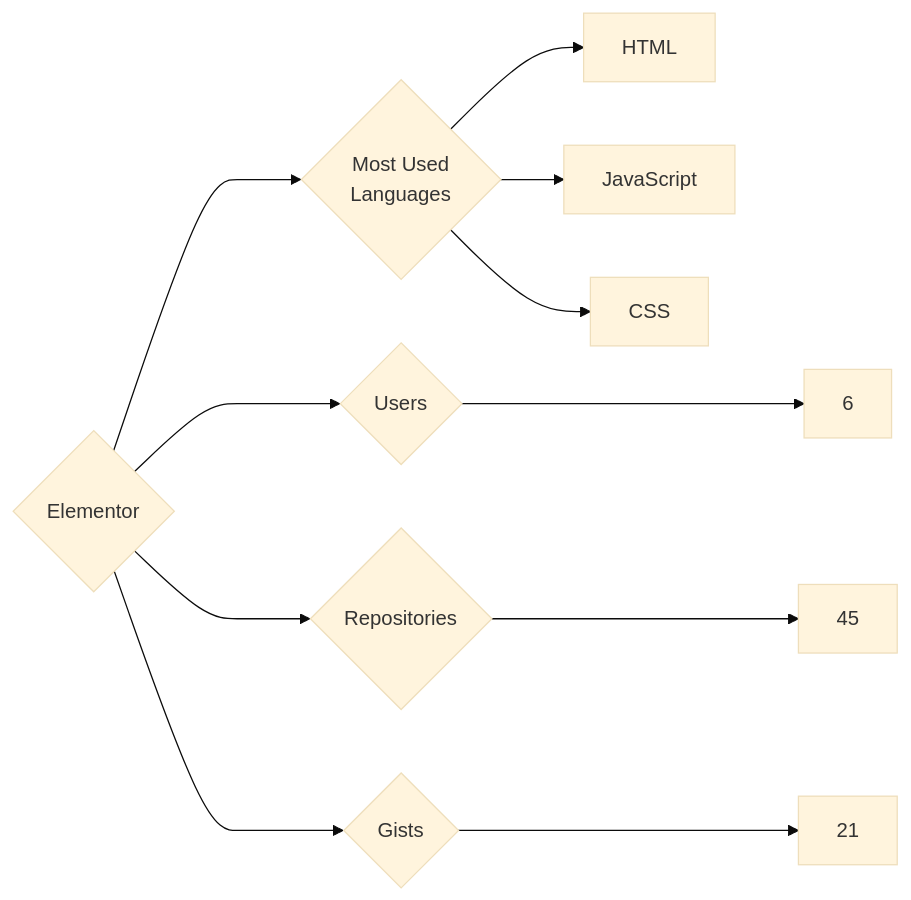
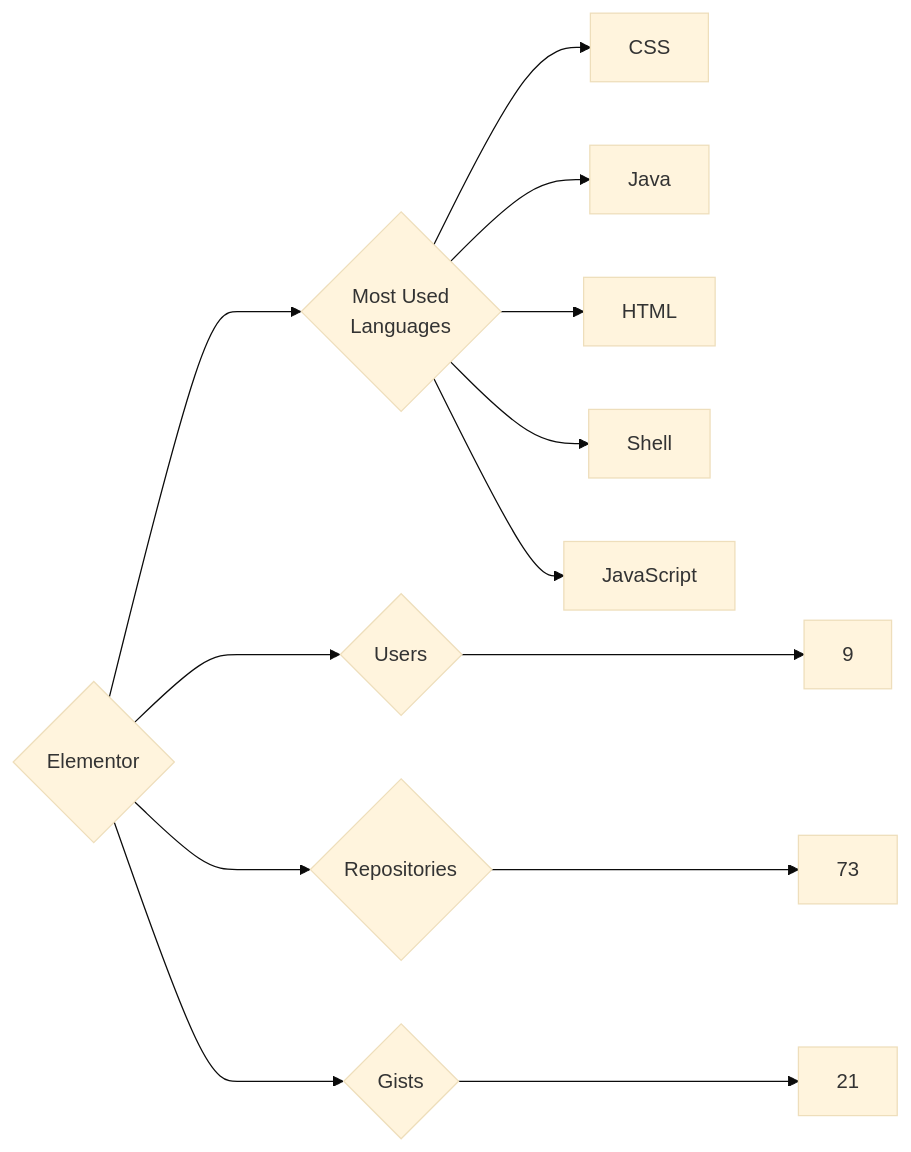
The diagram in targets/Elementor/README.md (trickest/insiders), drawn with Mermaid (base theme) before and after one commit. The commit also changed 611 other files, not shown here.

````diff
--- a/targets/Elementor/README.md
+++ b/targets/Elementor/README.md
@@ -3,11 +3,13 @@
 ```mermaid
 graph LR
 COMPANY_NAME{Elementor}
-COMPANY_NAME ---> U{Users} ---> UN[6]
-COMPANY_NAME ---> R{Repositories} ---> RN[45]
+COMPANY_NAME ---> U{Users} ---> UN[9]
+COMPANY_NAME ---> R{Repositories} ---> RN[73]
 COMPANY_NAME ---> G{Gists} ---> GN[21]
 COMPANY_NAME ---> ML{Most Used<br>Languages}
+ML --> CSS[CSS]
+ML --> Java[Java]
 ML --> HTML[HTML]
+ML --> Shell[Shell]
 ML --> JavaScript[JavaScript]
-ML --> CSS[CSS]
 ```
````
